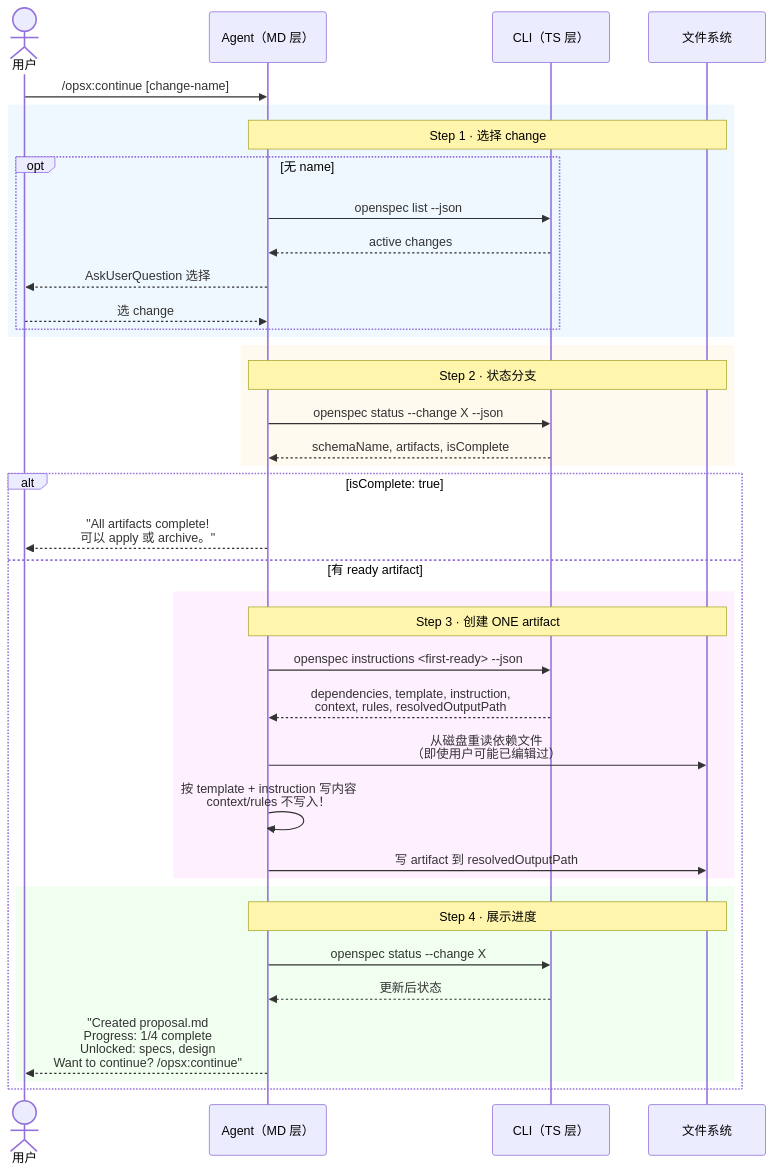
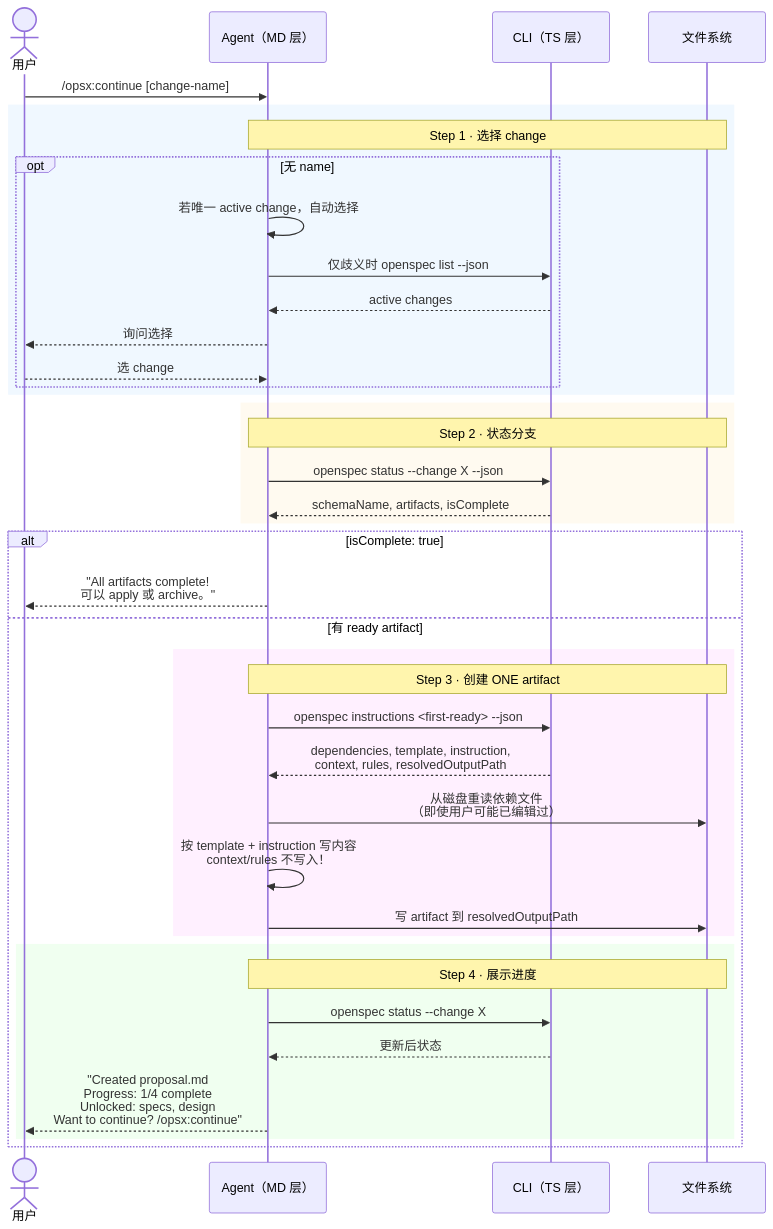
One commit to ethan-jiang-3/OpenSpec changed the diagram in _digested/workflows/04-continue.md. Above: the diagram before and after it, drawn with Mermaid. The commit also changed other lines of this file and 85 other files, not shown here.

````diff
--- a/_digested/workflows/04-continue.md
+++ b/_digested/workflows/04-continue.md
@@ -47,45 +47,46 @@
 ```mermaid
 sequenceDiagram
     actor User as 用户
     participant MD as Agent（MD 层）
     participant TS as CLI（TS 层）
     participant FS as 文件系统
 
     User->>MD: /opsx:continue [change-name]
 
     rect rgb(240, 248, 255)
         Note over MD,FS: Step 1 · 选择 change
         opt 无 name
-            MD->>TS: openspec list --json
+            MD->>MD: 若唯一 active change，自动选择
+            MD->>TS: 仅歧义时 openspec list --json
             TS-->>MD: active changes
-            MD-->>User: AskUserQuestion 选择
+            MD-->>User: 询问选择
             User-->>MD: 选 change
         end
     end
 
     rect rgb(255, 250, 240)
         Note over MD,FS: Step 2 · 状态分支
         MD->>TS: openspec status --change X --json
         TS-->>MD: schemaName, artifacts, isComplete
     end
 
     alt isComplete: true
         MD-->>User: "All artifacts complete!<br/>可以 apply 或 archive。"
     else 有 ready artifact
         rect rgb(255, 240, 255)
             Note over MD,FS: Step 3 · 创建 ONE artifact
             MD->>TS: openspec instructions <first-ready> --json
             TS-->>MD: dependencies, template, instruction,<br/>context, rules, resolvedOutputPath
             MD->>FS: 从磁盘重读依赖文件<br/>（即使用户可能已编辑过）
             MD->>MD: 按 template + instruction 写内容<br/>context/rules 不写入！
             MD->>FS: 写 artifact 到 resolvedOutputPath
         end
 
         rect rgb(240, 255, 240)
             Note over MD,FS: Step 4 · 展示进度
             MD->>TS: openspec status --change X
             TS-->>MD: 更新后状态
             MD-->>User: "Created proposal.md<br/>Progress: 1/4 complete<br/>Unlocked: specs, design<br/>Want to continue? /opsx:continue"
         end
     end
 ```
````
